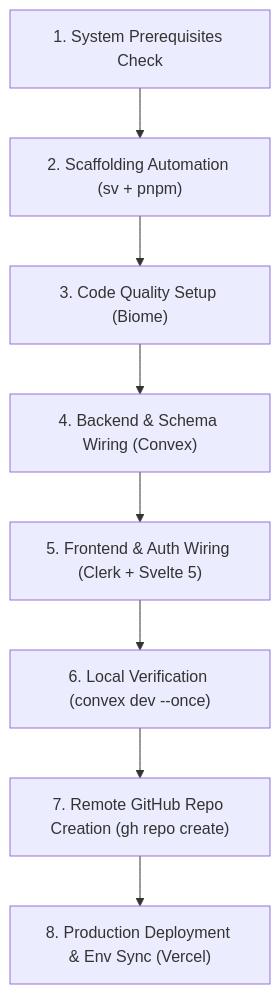
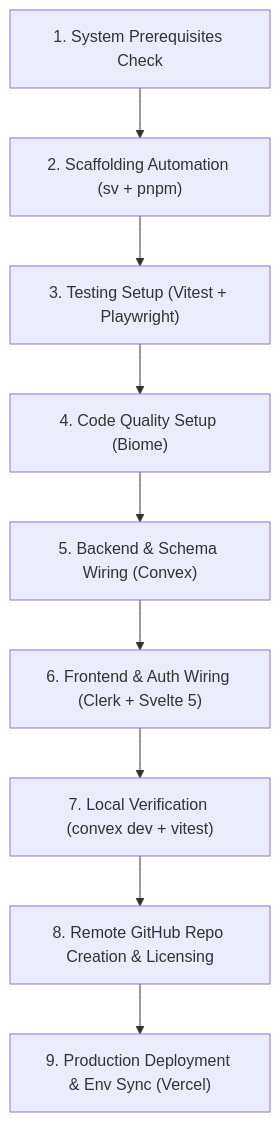
Before and after one commit to brychanrobot/overskill: the diagram in skills/sveltekit-convex-clerk/SKILL.md, drawn with Mermaid. The commit also changed other lines of this file and 5 other files, not shown here.

First line of the commit message:
feat: add vitest and playwright testing integration to sveltekit-convex-clerk skill

````diff
--- a/skills/sveltekit-convex-clerk/SKILL.md
+++ b/skills/sveltekit-convex-clerk/SKILL.md
@@ -37,10 +38,11 @@
 ```mermaid
 flowchart TD
     S1["1. System Prerequisites Check"] --> S2["2. Scaffolding Automation (sv + pnpm)"]
-    S2 --> S3["3. Code Quality Setup (Biome)"]
-    S3 --> S4["4. Backend & Schema Wiring (Convex)"]
-    S4 --> S5["5. Frontend & Auth Wiring (Clerk + Svelte 5)"]
-    S5 --> S6["6. Local Verification (convex dev --once)"]
-    S6 --> S7["7. Remote GitHub Repo Creation (gh repo create)"]
-    S7 --> S8["8. Production Deployment & Env Sync (Vercel)"]
+    S2 --> S3["3. Testing Setup (Vitest + Playwright)"]
+    S3 --> S4["4. Code Quality Setup (Biome)"]
+    S4 --> S5["5. Backend & Schema Wiring (Convex)"]
+    S5 --> S6["6. Frontend & Auth Wiring (Clerk + Svelte 5)"]
+    S6 --> S7["7. Local Verification (convex dev + vitest)"]
+    S7 --> S8["8. Remote GitHub Repo Creation & Licensing"]
+    S8 --> S9["9. Production Deployment & Env Sync (Vercel)"]
 ```
````
